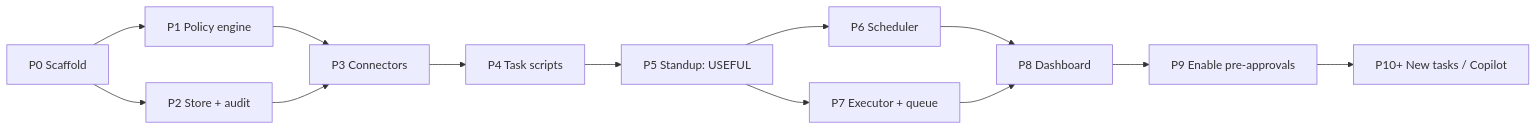
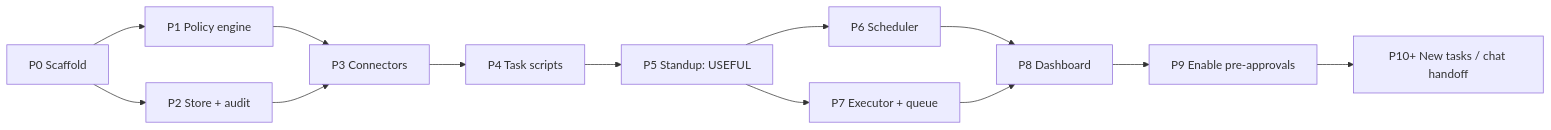
One commit to kod88vn/grove changed the diagram in agent-docs/superpowers/plans/2026-08-28-bot-roadmap.md. Above: the diagram before and after it, drawn with Mermaid. The commit also changed other lines of this file and 3 other files, not shown here.

````diff
--- a/agent-docs/superpowers/plans/2026-08-28-bot-roadmap.md
+++ b/agent-docs/superpowers/plans/2026-08-28-bot-roadmap.md
@@ -34,15 +34,15 @@
 ```mermaid
 graph LR
   P0[P0 Scaffold] --> P1[P1 Policy engine]
   P0 --> P2[P2 Store + audit]
   P1 --> P3[P3 Connectors]
   P2 --> P3
   P3 --> P4[P4 Task scripts]
   P4 --> P5[P5 Standup: USEFUL]
   P5 --> P6[P6 Scheduler]
   P5 --> P7[P7 Executor + queue]
   P6 --> P8[P8 Dashboard]
   P7 --> P8
   P8 --> P9[P9 Enable pre-approvals]
-  P9 --> P10[P10+ New tasks / Copilot]
+  P9 --> P10[P10+ New tasks / chat handoff]
 ```
````
